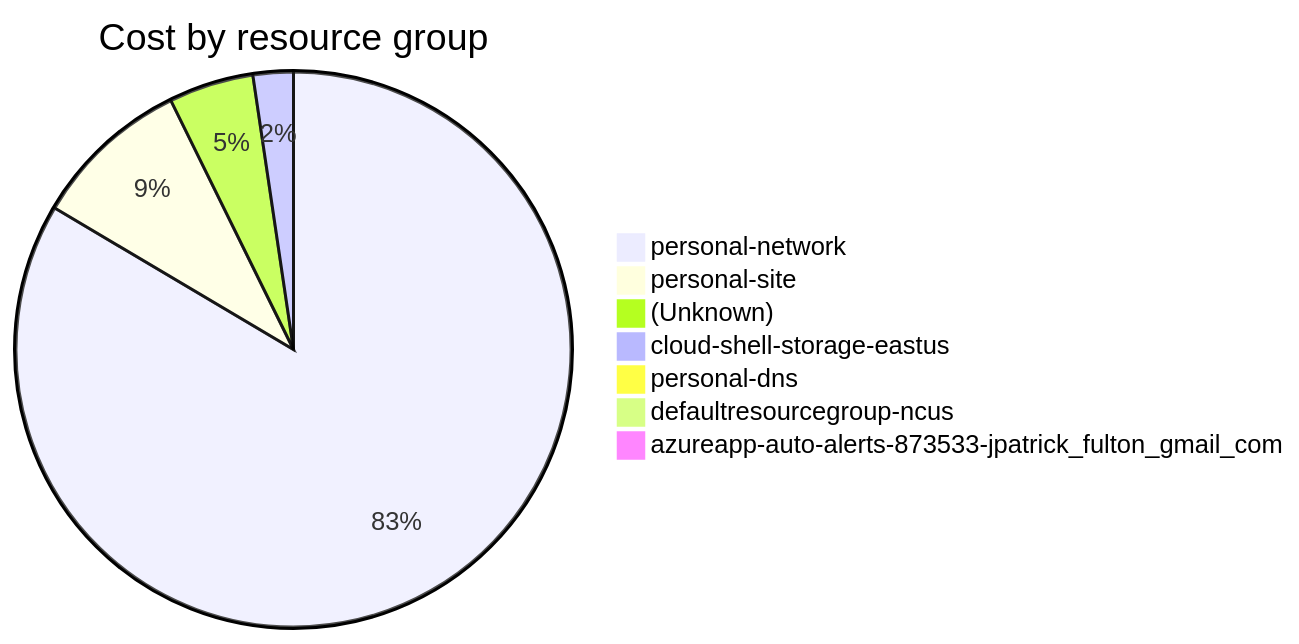
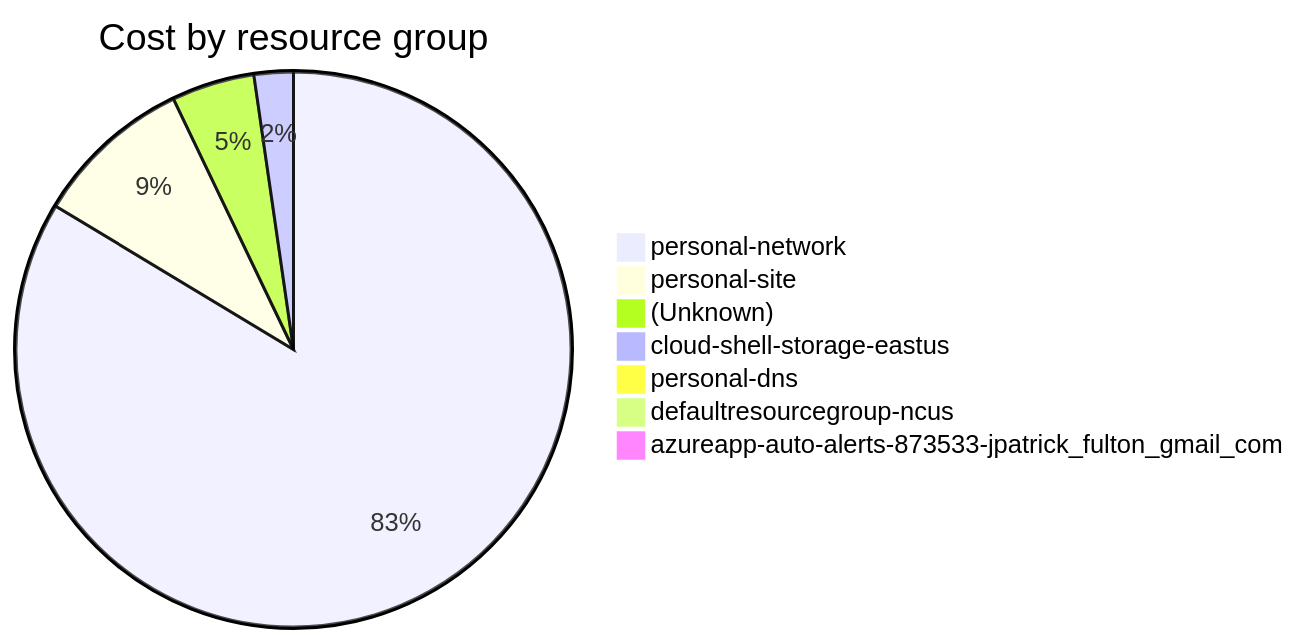
The fourth of 4 diagrams in cost-reports/accumulated-cost.md (jpfulton/azure-personal-reports), drawn with Mermaid before and after one commit. The commit also changed other lines of this file and 4 other files, not shown here.

````diff
--- a/cost-reports/accumulated-cost.md
+++ b/cost-reports/accumulated-cost.md
@@ -159,11 +159,11 @@
 ```mermaid
 pie
    title Cost by resource group
-   "personal-network" : 198.96
-   "personal-site" : 21.92
-   "(Unknown)" : 11.77
-   "cloud-shell-storage-eastus" : 5.58
-   "personal-dns" : 0.61
+   "personal-network" : 204.67
+   "personal-site" : 22.64
+   "(Unknown)" : 11.81
+   "cloud-shell-storage-eastus" : 5.59
+   "personal-dns" : 0.65
    "defaultresourcegroup-ncus" : 0.00
    "azureapp-auto-alerts-873533-jpatrick_fulton_gmail_com" : 0.00
 ```
````
